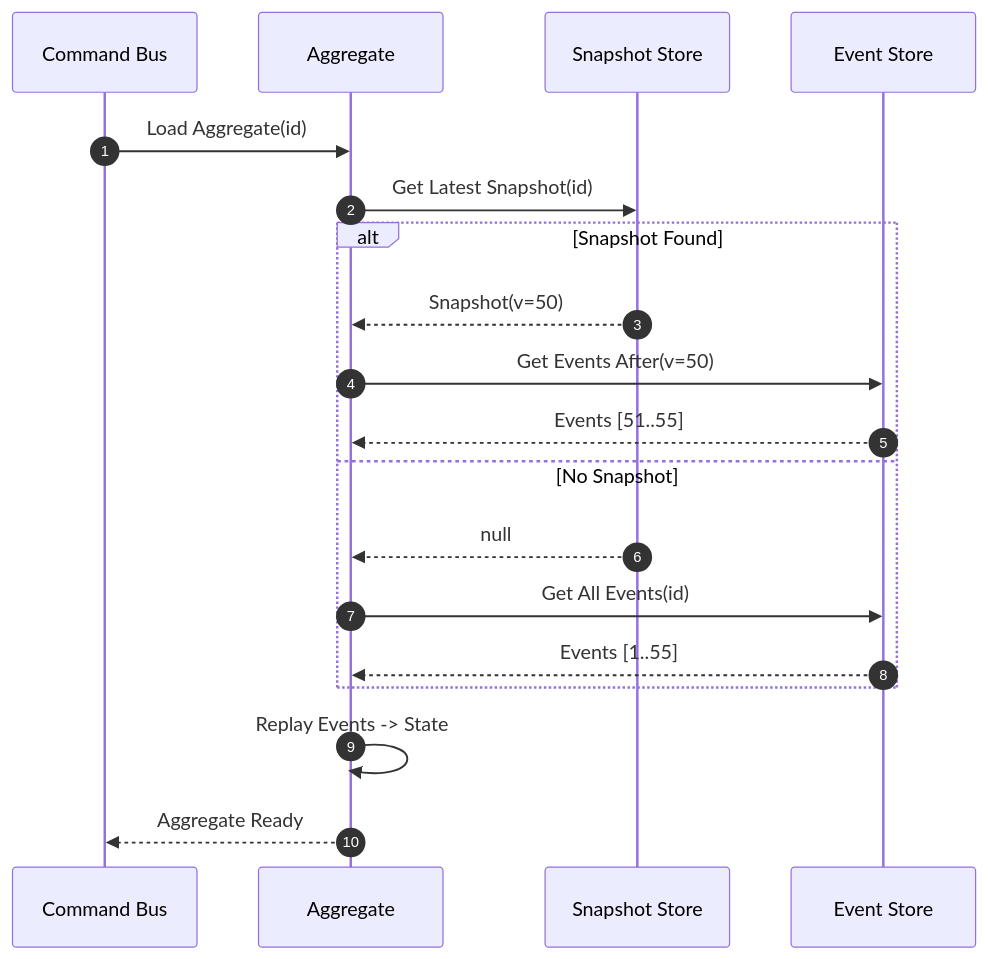
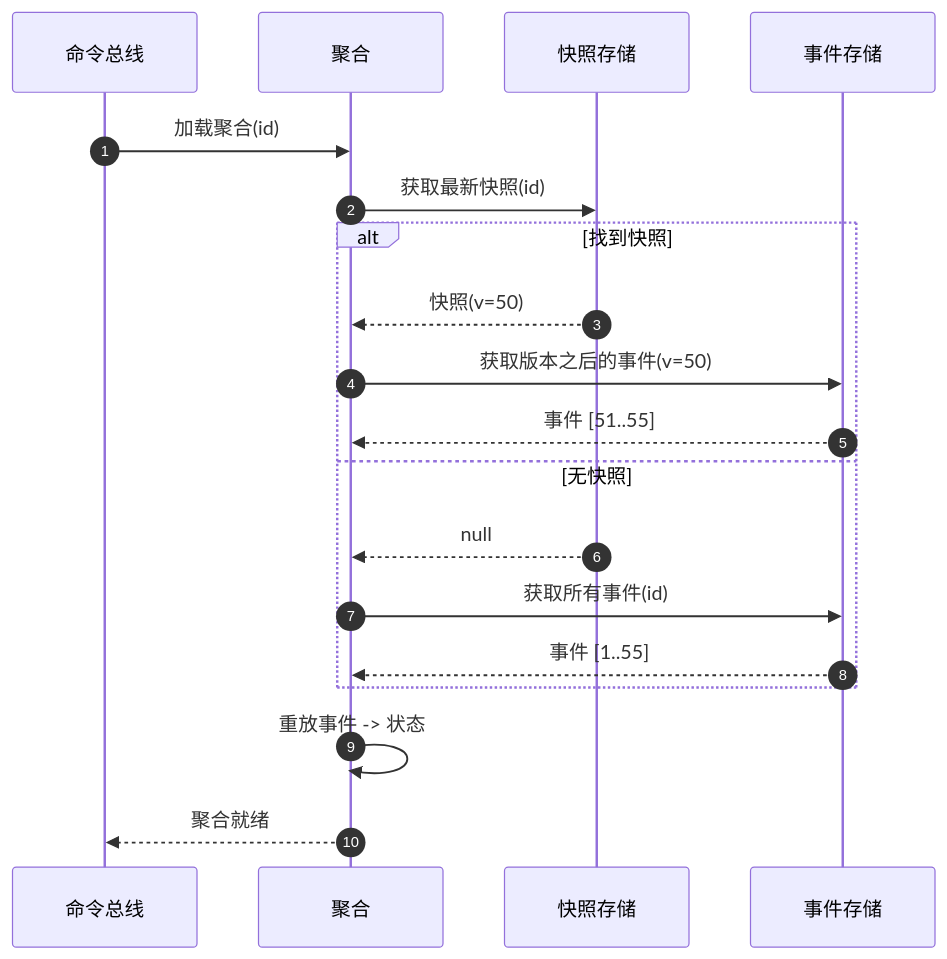
Before and after one commit to Ahoo-Wang/Wow: the first of 2 diagrams in documentation/docs/zh/guide/snapshot.md, drawn with Mermaid. The commit also changed other lines of this file and 11 other files, not shown here.

````diff
--- a/documentation/docs/zh/guide/snapshot.md
+++ b/documentation/docs/zh/guide/snapshot.md
@@ -27,22 +27,22 @@
 ```mermaid
 sequenceDiagram
     autonumber
-    participant CB as Command Bus
-    participant AG as Aggregate
-    participant SS as Snapshot Store
-    participant ES as Event Store
+    participant CB as 命令总线
+    participant AG as 聚合
+    participant SS as 快照存储
+    participant ES as 事件存储
 
-    CB->>AG: Load Aggregate(id)
-    AG->>SS: Get Latest Snapshot(id)
-    alt Snapshot Found
-        SS-->>AG: Snapshot(v=50)
-        AG->>ES: Get Events After(v=50)
-        ES-->>AG: Events [51..55]
-    else No Snapshot
+    CB->>AG: 加载聚合(id)
+    AG->>SS: 获取最新快照(id)
+    alt 找到快照
+        SS-->>AG: 快照(v=50)
+        AG->>ES: 获取版本之后的事件(v=50)
+        ES-->>AG: 事件 [51..55]
+    else 无快照
         SS-->>AG: null
-        AG->>ES: Get All Events(id)
-        ES-->>AG: Events [1..55]
+        AG->>ES: 获取所有事件(id)
+        ES-->>AG: 事件 [1..55]
     end
-    AG->>AG: Replay Events -> State
-    AG-->>CB: Aggregate Ready
+    AG->>AG: 重放事件 -> 状态
+    AG-->>CB: 聚合就绪
 ```
````
